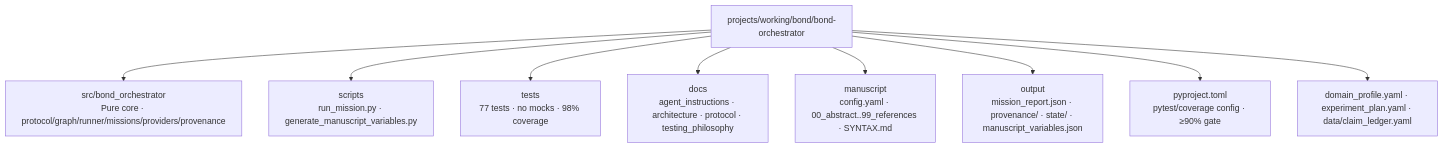
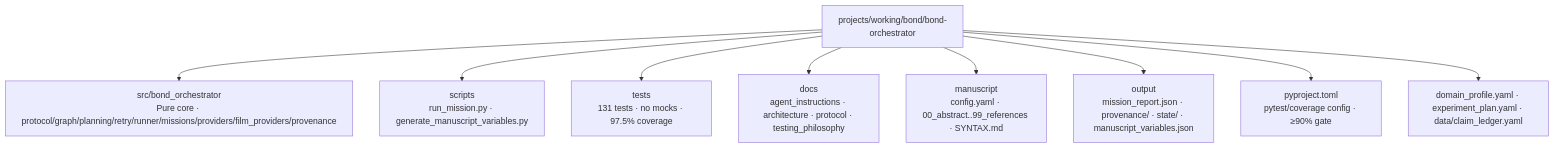
The diagram in AGENTS.md (docxology/bond-orchestrator), drawn with Mermaid before and after one commit. The commit also changed other lines of this file and 41 other files, not shown here.

````diff
--- a/AGENTS.md
+++ b/AGENTS.md
@@ -50,12 +61,12 @@
 ```mermaid
 flowchart TB
     P[projects/working/bond/bond-orchestrator]
-    P --> SRC[src/bond_orchestrator<br/>Pure core · protocol/graph/runner/missions/providers/provenance]
+    P --> SRC[src/bond_orchestrator<br/>Pure core · protocol/graph/planning/retry/runner/missions/providers/film_providers/provenance]
     P --> SC[scripts<br/>run_mission.py · generate_manuscript_variables.py]
-    P --> T[tests<br/>77 tests · no mocks · 98% coverage]
+    P --> T[tests<br/>131 tests · no mocks · 97.5% coverage]
     P --> DOCS[docs<br/>agent_instructions · architecture · protocol · testing_philosophy]
     P --> M[manuscript<br/>config.yaml · 00_abstract..99_references · SYNTAX.md]
     P --> OUT[output<br/>mission_report.json · provenance/ · state/ · manuscript_variables.json]
     P --> PY[pyproject.toml<br/>pytest/coverage config · ≥90% gate]
     P --> DP[domain_profile.yaml · experiment_plan.yaml · data/claim_ledger.yaml]
 ```
````
